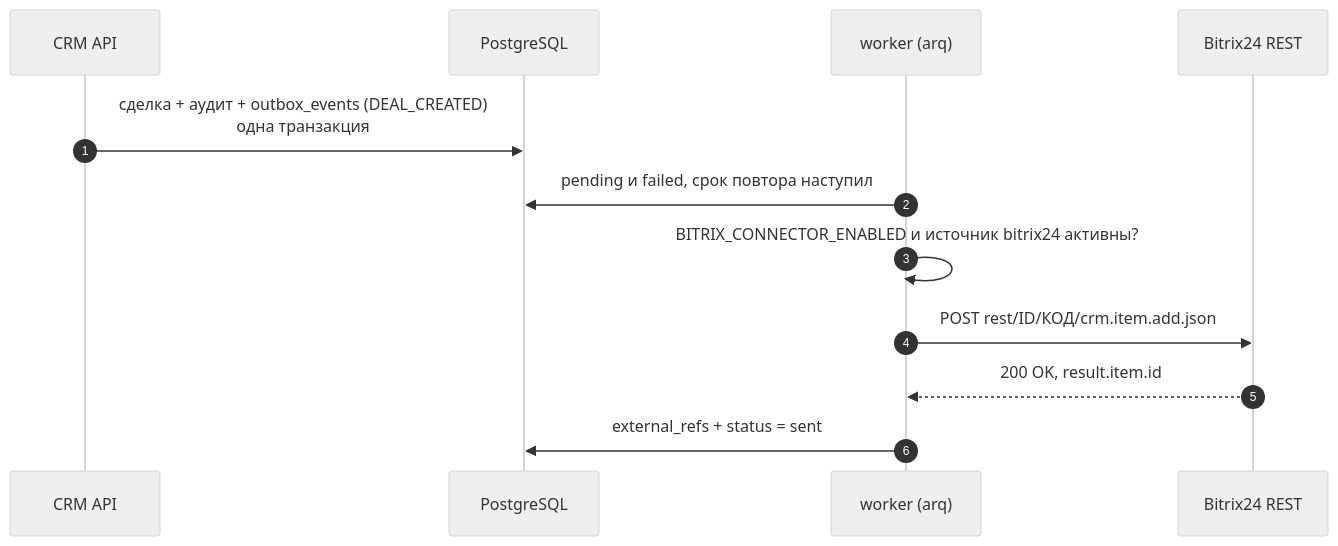
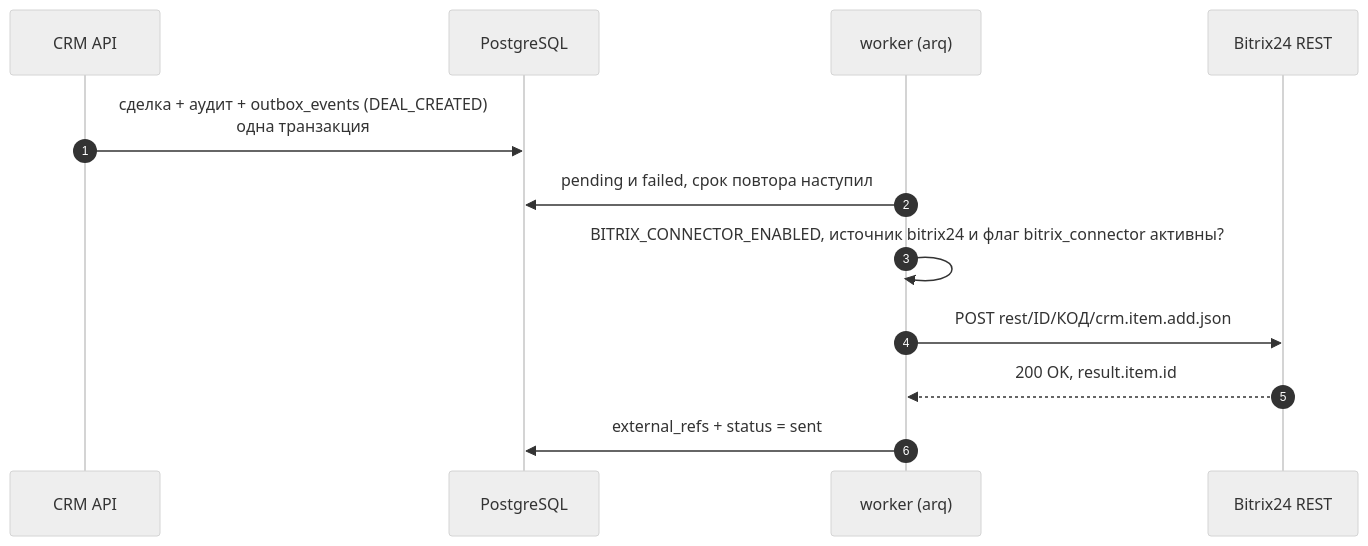
One commit to lct-testkit/backend changed the second of 3 diagrams in README.md. Above: the diagram before and after it, drawn with Mermaid (neutral theme). The commit also changed other lines of this file and 70 other files, not shown here.

````diff
--- a/README.md
+++ b/README.md
@@ -229,15 +229,15 @@
 ```mermaid
 sequenceDiagram
     autonumber
     participant A as CRM API
     participant DB as PostgreSQL
     participant W as worker (arq)
     participant B as Bitrix24 REST
 
     A->>DB: сделка + аудит + outbox_events (DEAL_CREATED)<br/>одна транзакция
     W->>DB: pending и failed, срок повтора наступил
-    W->>W: BITRIX_CONNECTOR_ENABLED и источник bitrix24 активны?
+    W->>W: BITRIX_CONNECTOR_ENABLED, источник bitrix24 и флаг bitrix_connector активны?
     W->>B: POST rest/ID/КОД/crm.item.add.json
     B-->>W: 200 OK, result.item.id
     W->>DB: external_refs + status = sent
 ```
````
